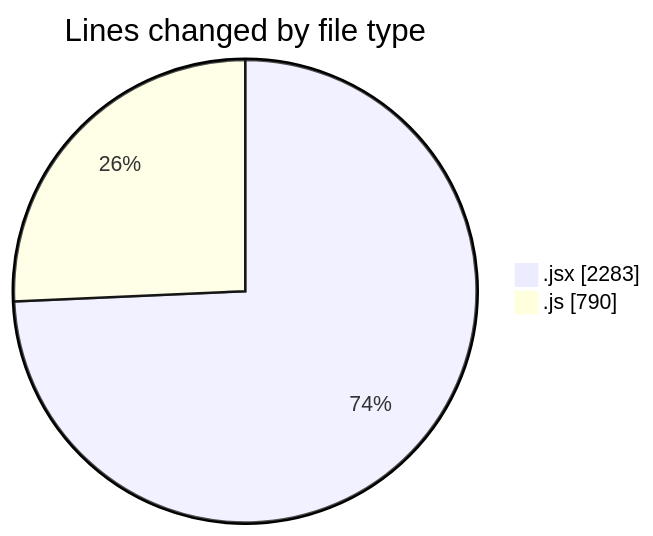
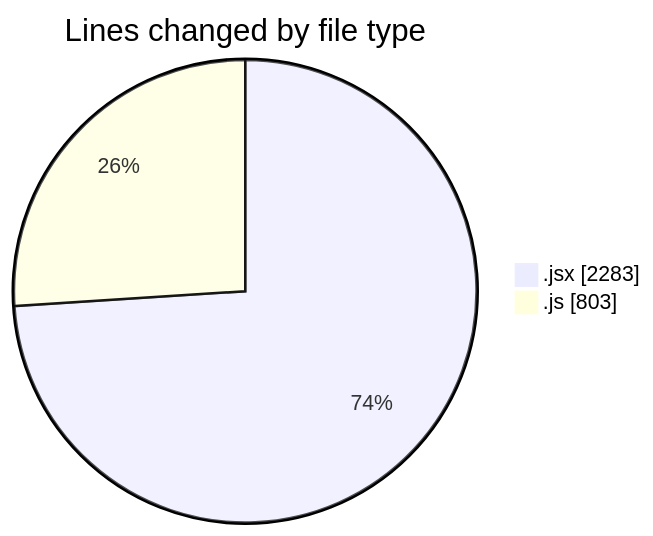
Before and after one commit to nxtqubesakshisongat/code-tracking: the first of 2 diagrams in 2025-11-13/argos/README.md, drawn with Mermaid. The commit also changed other lines of this file and 1 other file, not shown here.

````diff
--- a/2025-11-13/argos/README.md
+++ b/2025-11-13/argos/README.md
@@ -30,6 +31,6 @@
 ```mermaid
 pie showData
 title Lines changed by file type
 ".jsx" : 2283
-".js" : 790
+".js" : 803
 ```
````
